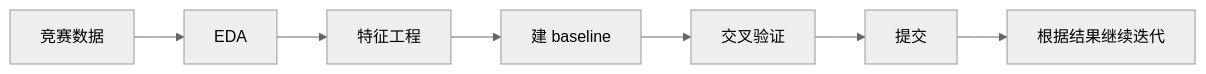
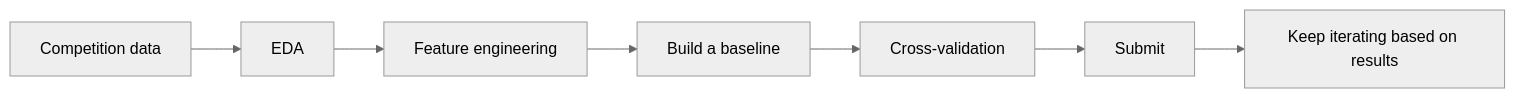
Before and after one commit to oudbiao/AI-fullstack-course: the first of 2 diagrams in docs/ch05-machine-learning/ch06-projects/04-kaggle.md, drawn with Mermaid (neutral theme). The commit also changed other lines of this file and 1406 other files, not shown here.

````diff
--- a/docs/ch05-machine-learning/ch06-projects/04-kaggle.md
+++ b/docs/ch05-machine-learning/ch06-projects/04-kaggle.md
@@ -30,9 +30,9 @@
 ```mermaid
 flowchart LR
-    A["竞赛数据"] --> B["EDA"]
-    B --> C["特征工程"]
-    C --> D["建 baseline"]
-    D --> E["交叉验证"]
-    E --> F["提交"]
-    F --> G["根据结果继续迭代"]
+    A["Competition data"] --> B["EDA"]
+    B --> C["Feature engineering"]
+    C --> D["Build a baseline"]
+    D --> E["Cross-validation"]
+    E --> F["Submit"]
+    F --> G["Keep iterating based on results"]
 ```
````
